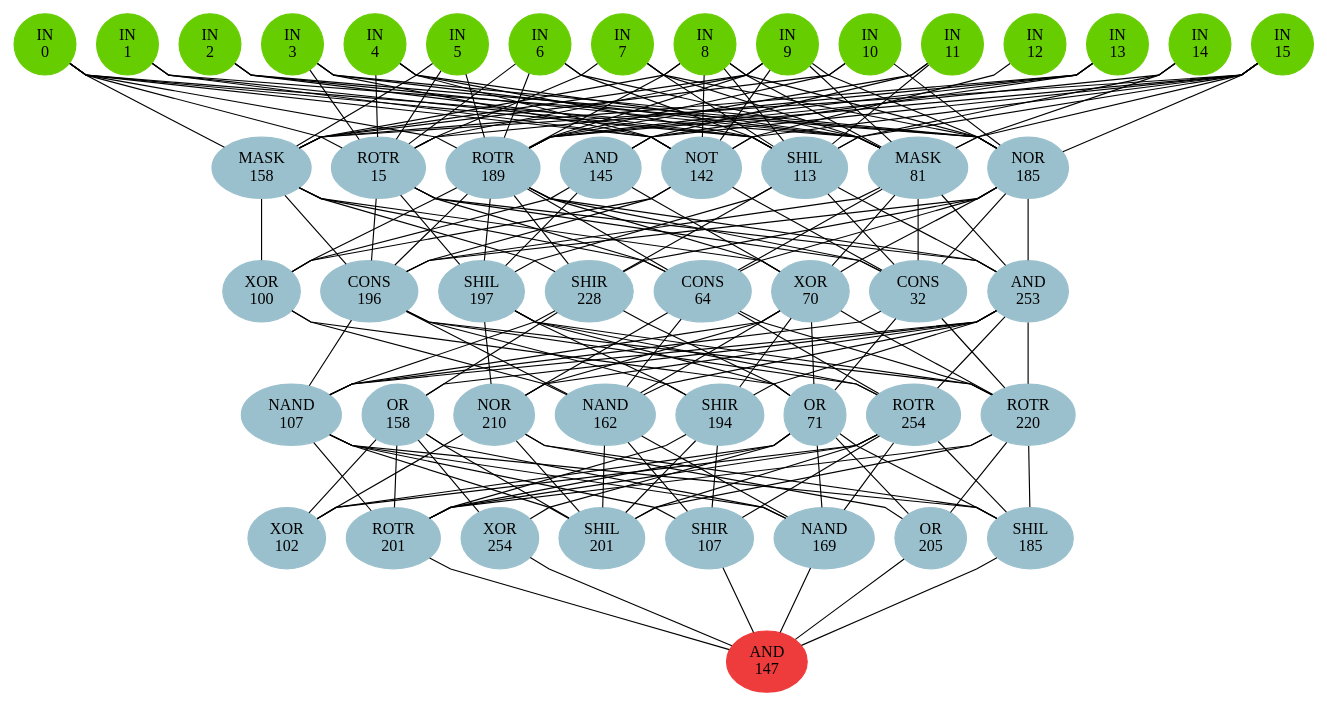
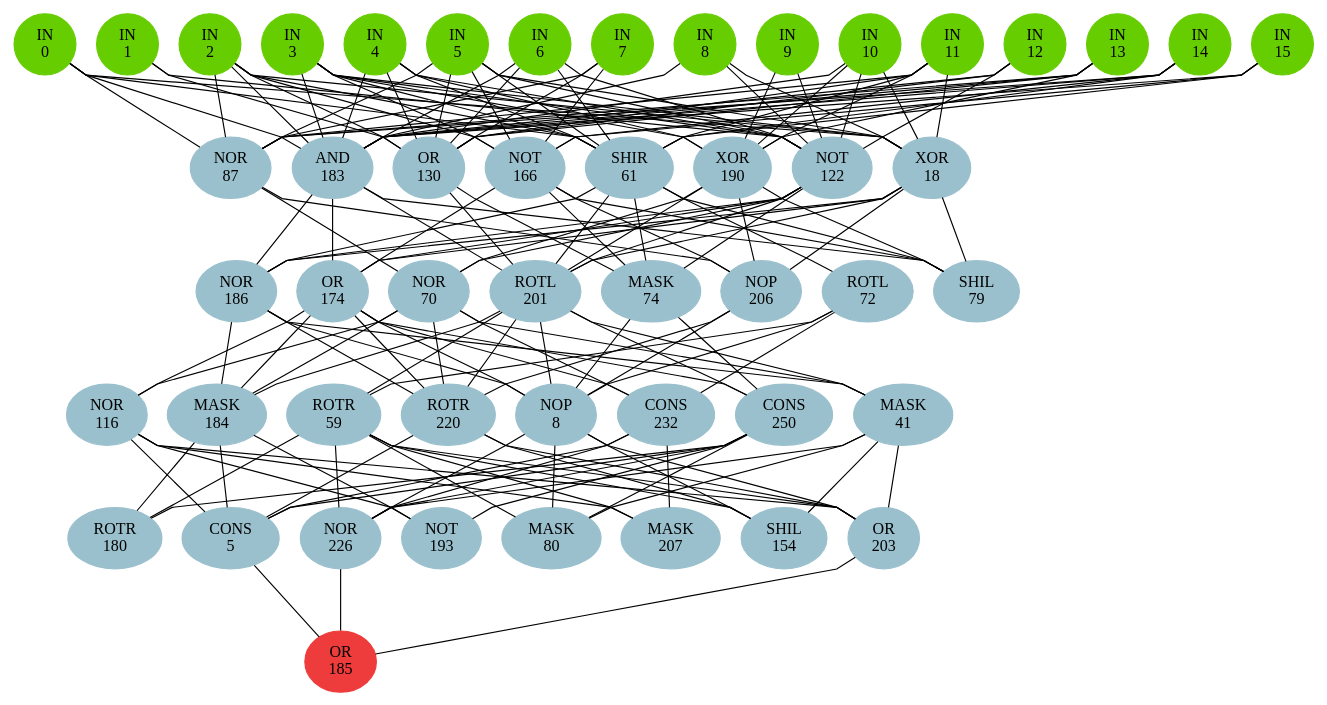
The diagram in experiments/single-sol/tea/3/circuit.dot (Bender250/master-thesis), drawn with Graphviz before and after one commit. The commit also changed 727 other files, not shown here.

```diff
--- a/experiments/single-sol/tea/3/circuit.dot
+++ b/experiments/single-sol/tea/3/circuit.dot
@@ -41,79 +41,79 @@
 }
 { rank=same;
 node [color=lightblue3];
-"0_0"[label="MASK\n158"];
+"0_0"[label="NOR\n87"];
 node [color=lightblue3];
-"0_1"[label="ROTR\n15"];
+"0_1"[label="AND\n183"];
 node [color=lightblue3];
-"0_2"[label="ROTR\n189"];
+"0_2"[label="OR\n130"];
 node [color=lightblue3];
-"0_3"[label="AND\n145"];
+"0_3"[label="NOT\n166"];
 node [color=lightblue3];
-"0_4"[label="NOT\n142"];
+"0_4"[label="SHIR\n61"];
 node [color=lightblue3];
-"0_5"[label="SHIL\n113"];
+"0_5"[label="XOR\n190"];
 node [color=lightblue3];
-"0_6"[label="MASK\n81"];
+"0_6"[label="NOT\n122"];
 node [color=lightblue3];
-"0_7"[label="NOR\n185"];
+"0_7"[label="XOR\n18"];
 }
 { rank=same;
 node [color=lightblue3];
-"1_0"[label="XOR\n100"];
+"1_0"[label="NOR\n186"];
 node [color=lightblue3];
-"1_1"[label="CONS\n196"];
+"1_1"[label="OR\n174"];
 node [color=lightblue3];
-"1_2"[label="SHIL\n197"];
+"1_2"[label="NOR\n70"];
 node [color=lightblue3];
-"1_3"[label="SHIR\n228"];
+"1_3"[label="ROTL\n201"];
 node [color=lightblue3];
-"1_4"[label="CONS\n64"];
+"1_4"[label="MASK\n74"];
 node [color=lightblue3];
-"1_5"[label="XOR\n70"];
+"1_5"[label="NOP\n206"];
 node [color=lightblue3];
-"1_6"[label="CONS\n32"];
+"1_6"[label="ROTL\n72"];
 node [color=lightblue3];
-"1_7"[label="AND\n253"];
+"1_7"[label="SHIL\n79"];
 }
 { rank=same;
 node [color=lightblue3];
-"2_0"[label="NAND\n107"];
+"2_0"[label="NOR\n116"];
 node [color=lightblue3];
-"2_1"[label="OR\n158"];
+"2_1"[label="MASK\n184"];
 node [color=lightblue3];
-"2_2"[label="NOR\n210"];
+"2_2"[label="ROTR\n59"];
 node [color=lightblue3];
-"2_3"[label="NAND\n162"];
+"2_3"[label="ROTR\n220"];
 node [color=lightblue3];
-"2_4"[label="SHIR\n194"];
+"2_4"[label="NOP\n8"];
 node [color=lightblue3];
-"2_5"[label="OR\n71"];
+"2_5"[label="CONS\n232"];
 node [color=lightblue3];
-"2_6"[label="ROTR\n254"];
+"2_6"[label="CONS\n250"];
 node [color=lightblue3];
-"2_7"[label="ROTR\n220"];
+"2_7"[label="MASK\n41"];
 }
 { rank=same;
 node [color=lightblue3];
-"3_0"[label="XOR\n102"];
+"3_0"[label="ROTR\n180"];
 node [color=lightblue3];
-"3_1"[label="ROTR\n201"];
+"3_1"[label="CONS\n5"];
 node [color=lightblue3];
-"3_2"[label="XOR\n254"];
+"3_2"[label="NOR\n226"];
 node [color=lightblue3];
-"3_3"[label="SHIL\n201"];
+"3_3"[label="NOT\n193"];
 node [color=lightblue3];
-"3_4"[label="SHIR\n107"];
+"3_4"[label="MASK\n80"];
 node [color=lightblue3];
-"3_5"[label="NAND\n169"];
+"3_5"[label="MASK\n207"];
 node [color=lightblue3];
-"3_6"[label="OR\n205"];
+"3_6"[label="SHIL\n154"];
 node [color=lightblue3];
-"3_7"[label="SHIL\n185"];
+"3_7"[label="OR\n203"];
 }
 { rank=same;
 node [color=brown2];
-"4_0"[label="AND\n147"];
+"4_0"[label="OR\n185"];
 }
 edge[style=invis];
 "-1_0" -- "-1_1" -- "-1_2" -- "-1_3" -- "-1_4" -- "-1_5" -- "-1_6" -- "-1_7" -- "-1_8" -- "-1_9" -- "-1_10" -- "-1_11" -- "-1_12" -- "-1_13" -- "-1_14" -- "-1_15";
@@ -124,183 +124,161 @@
 "4_0" -- "4_0";
 edge[style=solid];
 "0_0" -- "-1_0";
+"0_0" -- "-1_2";
 "0_0" -- "-1_5";
-"0_0" -- "-1_8";
-"0_0" -- "-1_9";
-"0_0" -- "-1_10";
+"0_0" -- "-1_7";
+"0_0" -- "-1_11";
 "0_0" -- "-1_13";
-"0_0" -- "-1_15";
+"0_0" -- "-1_14";
 "0_1" -- "-1_0";
+"0_1" -- "-1_2";
 "0_1" -- "-1_3";
 "0_1" -- "-1_4";
-"0_1" -- "-1_5";
 "0_1" -- "-1_6";
-"0_1" -- "-1_7";
-"0_1" -- "-1_9";
+"0_1" -- "-1_8";
+"0_1" -- "-1_10";
+"0_1" -- "-1_12";
 "0_1" -- "-1_13";
-"0_2" -- "-1_0";
+"0_1" -- "-1_14";
+"0_1" -- "-1_15";
+"0_2" -- "-1_1";
+"0_2" -- "-1_2";
+"0_2" -- "-1_4";
 "0_2" -- "-1_5";
 "0_2" -- "-1_6";
-"0_2" -- "-1_8";
-"0_2" -- "-1_9";
-"0_2" -- "-1_10";
+"0_2" -- "-1_7";
 "0_2" -- "-1_11";
+"0_2" -- "-1_12";
 "0_2" -- "-1_13";
-"0_2" -- "-1_14";
-"0_2" -- "-1_15";
-"0_3" -- "-1_11";
-"0_3" -- "-1_13";
+"0_3" -- "-1_2";
+"0_3" -- "-1_3";
+"0_3" -- "-1_5";
+"0_3" -- "-1_7";
+"0_3" -- "-1_14";
 "0_3" -- "-1_15";
 "0_4" -- "-1_0";
-"0_4" -- "-1_1";
+"0_4" -- "-1_2";
 "0_4" -- "-1_3";
 "0_4" -- "-1_4";
-"0_4" -- "-1_8";
-"0_4" -- "-1_9";
-"0_4" -- "-1_12";
+"0_4" -- "-1_5";
+"0_4" -- "-1_6";
+"0_4" -- "-1_11";
+"0_4" -- "-1_14";
 "0_4" -- "-1_15";
-"0_5" -- "-1_0";
-"0_5" -- "-1_1";
-"0_5" -- "-1_2";
+"0_5" -- "-1_3";
 "0_5" -- "-1_4";
-"0_5" -- "-1_6";
-"0_5" -- "-1_7";
-"0_5" -- "-1_8";
+"0_5" -- "-1_9";
+"0_5" -- "-1_10";
 "0_5" -- "-1_11";
-"0_5" -- "-1_14";
-"0_5" -- "-1_15";
-"0_6" -- "-1_0";
-"0_6" -- "-1_2";
+"0_5" -- "-1_13";
+"0_6" -- "-1_1";
 "0_6" -- "-1_3";
 "0_6" -- "-1_4";
+"0_6" -- "-1_5";
 "0_6" -- "-1_6";
-"0_6" -- "-1_7";
 "0_6" -- "-1_8";
 "0_6" -- "-1_9";
-"0_6" -- "-1_14";
-"0_6" -- "-1_15";
-"0_7" -- "-1_1";
+"0_6" -- "-1_10";
+"0_6" -- "-1_12";
+"0_7" -- "-1_0";
 "0_7" -- "-1_2";
 "0_7" -- "-1_3";
-"0_7" -- "-1_7";
+"0_7" -- "-1_5";
 "0_7" -- "-1_8";
-"0_7" -- "-1_9";
 "0_7" -- "-1_10";
-"0_7" -- "-1_15";
-"1_0" -- "0_0";
-"1_0" -- "0_2";
-"1_0" -- "0_3";
+"0_7" -- "-1_11";
+"1_0" -- "0_1";
 "1_0" -- "0_4";
-"1_1" -- "0_0";
+"1_0" -- "0_6";
+"1_0" -- "0_7";
 "1_1" -- "0_1";
-"1_1" -- "0_2";
-"1_1" -- "0_4";
+"1_1" -- "0_3";
 "1_1" -- "0_6";
 "1_1" -- "0_7";
-"1_2" -- "0_1";
-"1_2" -- "0_2";
-"1_2" -- "0_3";
+"1_2" -- "0_0";
 "1_2" -- "0_5";
-"1_3" -- "0_0";
+"1_2" -- "0_6";
+"1_3" -- "0_1";
 "1_3" -- "0_2";
+"1_3" -- "0_4";
 "1_3" -- "0_5";
+"1_3" -- "0_6";
 "1_3" -- "0_7";
-"1_4" -- "0_0";
-"1_4" -- "0_1";
 "1_4" -- "0_2";
+"1_4" -- "0_3";
+"1_4" -- "0_4";
 "1_4" -- "0_6";
-"1_4" -- "0_7";
 "1_5" -- "0_0";
-"1_5" -- "0_2";
 "1_5" -- "0_3";
-"1_5" -- "0_6";
+"1_5" -- "0_5";
 "1_5" -- "0_7";
-"1_6" -- "0_1";
-"1_6" -- "0_2";
 "1_6" -- "0_4";
-"1_6" -- "0_5";
-"1_6" -- "0_6";
-"1_6" -- "0_7";
 "1_7" -- "0_1";
-"1_7" -- "0_2";
+"1_7" -- "0_3";
+"1_7" -- "0_4";
 "1_7" -- "0_5";
-"1_7" -- "0_6";
 "1_7" -- "0_7";
 "2_0" -- "1_1";
-"2_0" -- "1_3";
-"2_0" -- "1_5";
-"2_0" -- "1_6";
-"2_0" -- "1_7";
+"2_0" -- "1_2";
+"2_1" -- "1_0";
+"2_1" -- "1_1";
+"2_1" -- "1_2";
 "2_1" -- "1_3";
-"2_1" -- "1_7";
-"2_2" -- "1_2";
-"2_2" -- "1_4";
-"2_2" -- "1_5";
-"2_2" -- "1_7";
+"2_2" -- "1_3";
+"2_2" -- "1_6";
 "2_3" -- "1_0";
 "2_3" -- "1_1";
-"2_3" -- "1_4";
+"2_3" -- "1_2";
+"2_3" -- "1_3";
 "2_3" -- "1_5";
-"2_3" -- "1_7";
+"2_4" -- "1_0";
 "2_4" -- "1_1";
-"2_4" -- "1_2";
+"2_4" -- "1_3";
+"2_4" -- "1_4";
 "2_4" -- "1_5";
-"2_4" -- "1_7";
-"2_5" -- "1_0";
+"2_4" -- "1_6";
+"2_5" -- "1_1";
 "2_5" -- "1_2";
-"2_5" -- "1_3";
-"2_5" -- "1_5";
 "2_5" -- "1_6";
 "2_6" -- "1_1";
-"2_6" -- "1_2";
+"2_6" -- "1_3";
 "2_6" -- "1_4";
-"2_6" -- "1_7";
-"2_7" -- "1_1";
+"2_7" -- "1_0";
 "2_7" -- "1_2";
-"2_7" -- "1_4";
-"2_7" -- "1_5";
-"2_7" -- "1_6";
-"2_7" -- "1_7";
+"2_7" -- "1_3";
 "3_0" -- "2_1";
 "3_0" -- "2_2";
-"3_0" -- "2_5";
 "3_0" -- "2_6";
 "3_1" -- "2_0";
 "3_1" -- "2_1";
-"3_1" -- "2_4";
+"3_1" -- "2_3";
 "3_1" -- "2_5";
 "3_1" -- "2_6";
-"3_1" -- "2_7";
-"3_2" -- "2_1";
+"3_2" -- "2_2";
+"3_2" -- "2_4";
 "3_2" -- "2_5";
+"3_2" -- "2_6";
+"3_2" -- "2_7";
 "3_3" -- "2_0";
 "3_3" -- "2_1";
-"3_3" -- "2_2";
-"3_3" -- "2_3";
-"3_3" -- "2_4";
 "3_3" -- "2_6";
-"3_3" -- "2_7";
-"3_4" -- "2_0";
-"3_4" -- "2_3";
+"3_4" -- "2_2";
 "3_4" -- "2_4";
 "3_4" -- "2_6";
+"3_4" -- "2_7";
 "3_5" -- "2_0";
-"3_5" -- "2_1";
-"3_5" -- "2_3";
+"3_5" -- "2_2";
 "3_5" -- "2_5";
-"3_5" -- "2_6";
 "3_6" -- "2_2";
-"3_6" -- "2_5";
+"3_6" -- "2_3";
+"3_6" -- "2_4";
 "3_6" -- "2_7";
 "3_7" -- "2_0";
 "3_7" -- "2_2";
-"3_7" -- "2_5";
-"3_7" -- "2_6";
+"3_7" -- "2_3";
+"3_7" -- "2_4";
 "3_7" -- "2_7";
 "4_0" -- "3_1";
 "4_0" -- "3_2";
-"4_0" -- "3_4";
-"4_0" -- "3_5";
-"4_0" -- "3_6";
 "4_0" -- "3_7";
 }
```
